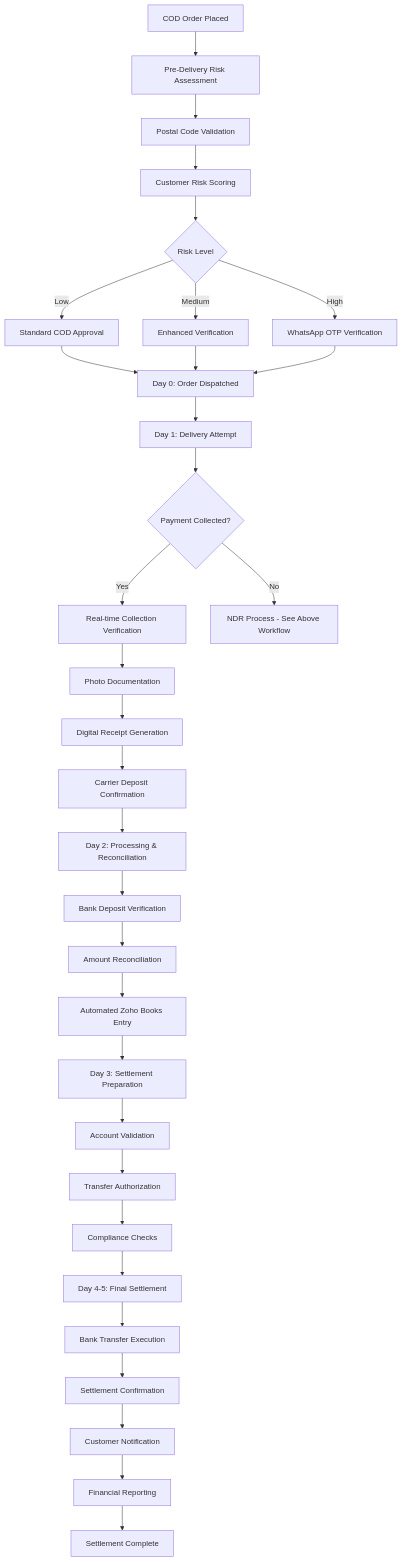
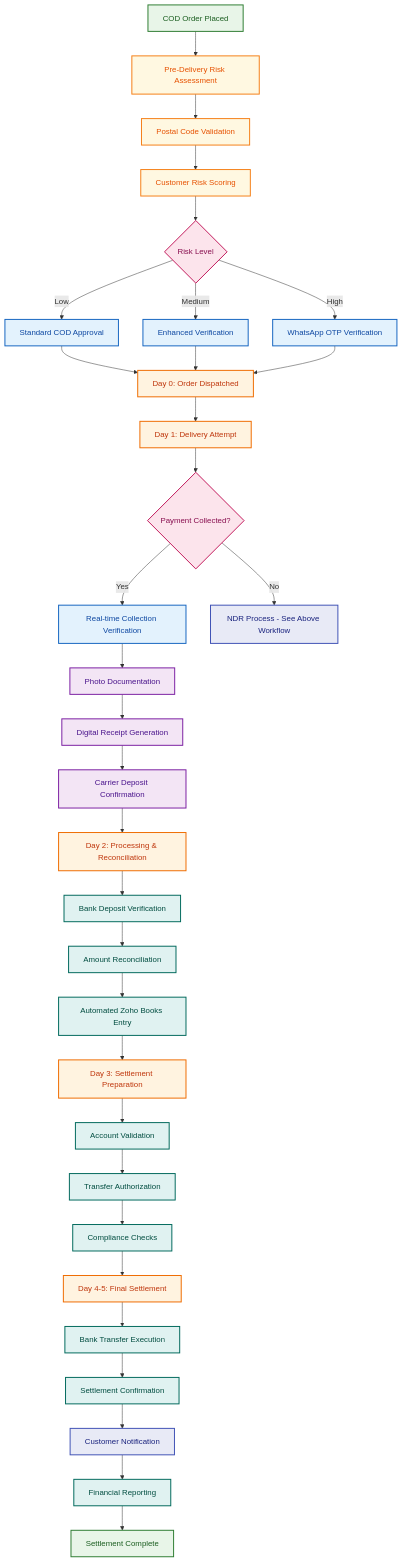
One commit to sandeepkumar0801/Digihub changed the fifth of 7 diagrams in DigiHub_Readme.md. Above: the diagram before and after it, drawn with Mermaid. The commit also changed other lines of this file and 1 other file, not shown here.

````diff
--- a/DigiHub_Readme.md
+++ b/DigiHub_Readme.md
@@ -814,45 +953,61 @@
 ```mermaid
 graph TD
     A[COD Order Placed] --> B[Pre-Delivery Risk Assessment]
     B --> C[Postal Code Validation]
     C --> D[Customer Risk Scoring]
 
     D --> E{Risk Level}
     E -->|Low| F[Standard COD Approval]
     E -->|Medium| G[Enhanced Verification]
     E -->|High| H[WhatsApp OTP Verification]
 
     F --> I[Day 0: Order Dispatched]
     G --> I
     H --> I
 
     I --> J[Day 1: Delivery Attempt]
     J --> K{Payment Collected?}
 
     K -->|Yes| L[Real-time Collection Verification]
     K -->|No| M[NDR Process - See Above Workflow]
 
     L --> N[Photo Documentation]
     N --> O[Digital Receipt Generation]
     O --> P[Carrier Deposit Confirmation]
 
     P --> Q[Day 2: Processing & Reconciliation]
     Q --> R[Bank Deposit Verification]
     R --> S[Amount Reconciliation]
     S --> T[Automated Zoho Books Entry]
 
     T --> U[Day 3: Settlement Preparation]
     U --> V[Account Validation]
     V --> W[Transfer Authorization]
     W --> X[Compliance Checks]
 
     X --> Y[Day 4-5: Final Settlement]
     Y --> Z[Bank Transfer Execution]
     Z --> AA[Settlement Confirmation]
     AA --> BB[Customer Notification]
     BB --> CC[Financial Reporting]
 
     CC --> DD[Settlement Complete]
 
+    classDef startEnd fill:#e8f5e8,stroke:#2e7d32,stroke-width:2px,color:#1b5e20
+    classDef risk fill:#fff8e1,stroke:#f57f17,stroke-width:2px,color:#e65100
+    classDef decision fill:#fce4ec,stroke:#c2185b,stroke-width:2px,color:#880e4f
+    classDef verification fill:#e3f2fd,stroke:#1565c0,stroke-width:2px,color:#0d47a1
+    classDef timeline fill:#fff3e0,stroke:#ef6c00,stroke-width:2px,color:#bf360c
+    classDef documentation fill:#f3e5f5,stroke:#7b1fa2,stroke-width:2px,color:#4a148c
+    classDef financial fill:#e0f2f1,stroke:#00695c,stroke-width:2px,color:#004d40
+    classDef notification fill:#e8eaf6,stroke:#3f51b5,stroke-width:2px,color:#1a237e
 
+    class A,DD startEnd
+    class B,C,D risk
+    class E,K decision
+    class F,G,H,L verification
+    class I,J,Q,U,Y timeline
+    class N,O,P documentation
+    class R,S,T,V,W,X,Z,AA,CC financial
+    class M,BB notification
 ```
````
